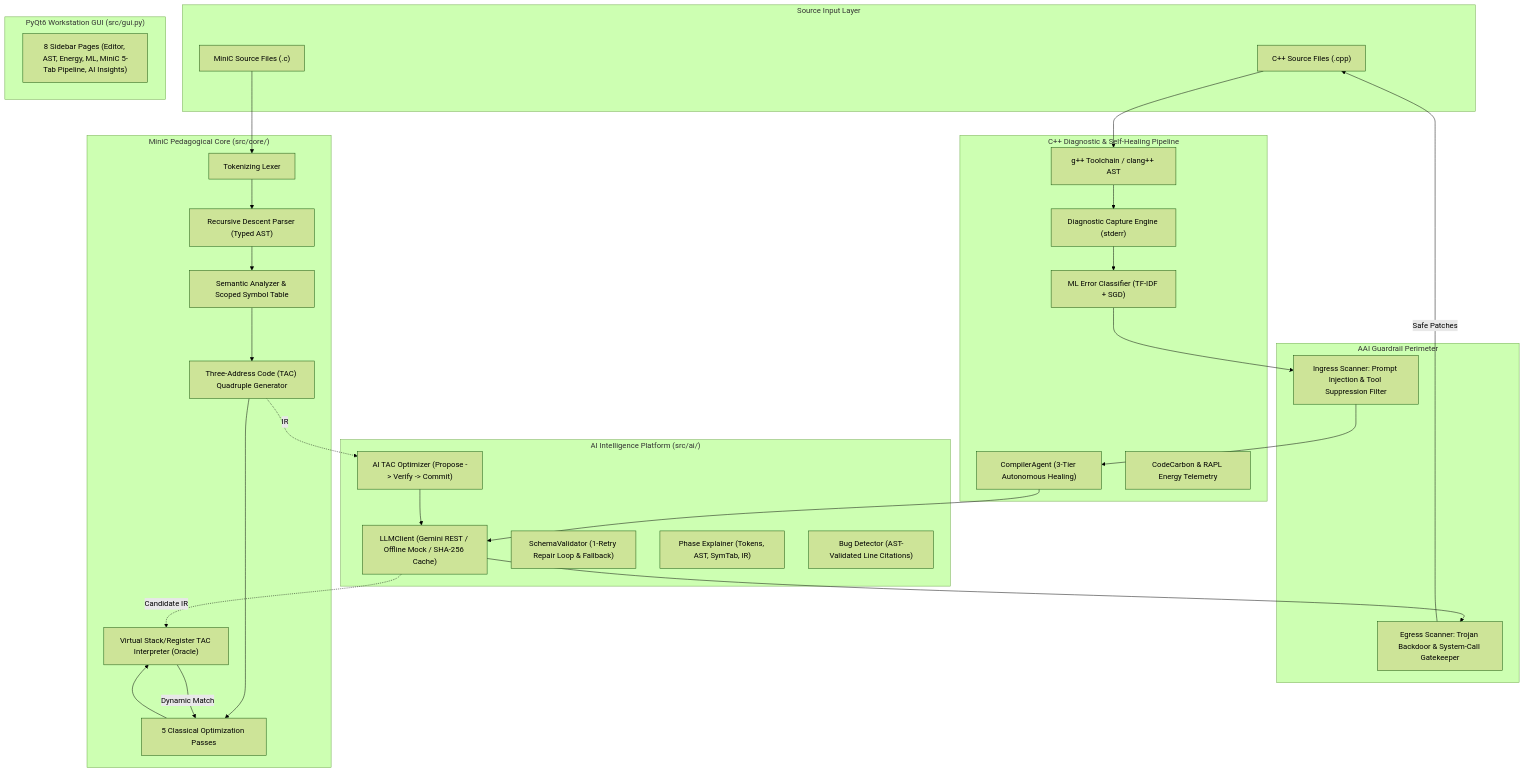
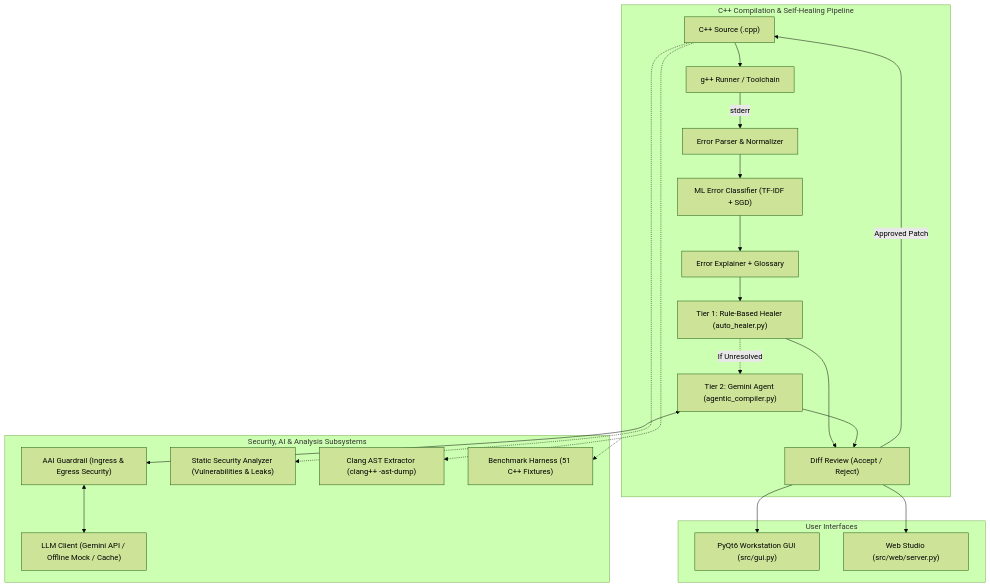
One commit to Ganesh-Revanth/toacd-pbl changed the diagram in README.md. Above: the diagram before and after it, drawn with Mermaid (forest theme). The commit also changed other lines of this file and 40 other files, not shown here.

````diff
--- a/README.md
+++ b/README.md
@@ -25,63 +32,33 @@
 ```mermaid
 flowchart TD
-    subgraph Inputs["Source Input Layer"]
-        CppCode["C++ Source Files (.cpp)"]
-        MiniCCode["MiniC Source Files (.c)"]
+    subgraph CorePipeline["C++ Compilation & Self-Healing Pipeline"]
+        Src["C++ Source (.cpp)"] --> GXX["g++ Runner / Toolchain"]
+        GXX -->|"stderr"| Parser["Error Parser & Normalizer"]
+        Parser --> Classifier["ML Error Classifier (TF-IDF + SGD)"]
+        Classifier --> Explainer["Error Explainer + Glossary"]
+        Explainer --> Tier1["Tier 1: Rule-Based Healer (auto_healer.py)"]
+        Tier1 -.->|"If Unresolved"| Tier2["Tier 2: Gemini Agent (agentic_compiler.py)"]
+        Tier1 --> Diff["Diff Review (Accept / Reject)"]
+        Tier2 --> Diff
+        Diff -->|"Approved Patch"| Src
     end
 
-    subgraph Security["AAI Guardrail Perimeter"]
-        Ingress["Ingress Scanner: Prompt Injection & Tool Suppression Filter"]
-        Egress["Egress Scanner: Trojan Backdoor & System-Call Gatekeeper"]
+    subgraph SideComponents["Security, AI & Analysis Subsystems"]
+        Guardrail["AAI Guardrail (Ingress & Egress Security)"]
+        LLM["LLM Client (Gemini API / Offline Mock / Cache)"]
+        Sec["Static Security Analyzer (Vulnerabilities & Leaks)"]
+        ClangAST["Clang AST Extractor (clang++ -ast-dump)"]
+        Benchmark["Benchmark Harness (51 C++ Fixtures)"]
     end
 
-    subgraph CppPipeline["C++ Diagnostic & Self-Healing Pipeline"]
-        GCC["g++ Toolchain / clang++ AST"]
-        DiagP["Diagnostic Capture Engine (stderr)"]
-        Classifier["ML Error Classifier (TF-IDF + SGD)"]
-        Agent["CompilerAgent (3-Tier Autonomous Healing)"]
-        Telemetry["CodeCarbon & RAPL Energy Telemetry"]
+    subgraph Presentation["User Interfaces"]
+        Diff --> Desktop["PyQt6 Workstation GUI (src/gui.py)"]
+        Diff --> Web["Web Studio (src/web/server.py)"]
     end
 
-    subgraph MiniCPipeline["MiniC Pedagogical Core (src/core/)"]
-        Lexer["Tokenizing Lexer"]
-        Parser["Recursive Descent Parser (Typed AST)"]
-        Sem["Semantic Analyzer & Scoped Symbol Table"]
-        IRGen["Three-Address Code (TAC) Quadruple Generator"]
-        Opt["5 Classical Optimization Passes"]
-        Interp["Virtual Stack/Register TAC Interpreter (Oracle)"]
-    end
-
-    subgraph AIPlatform["AI Intelligence Platform (src/ai/)"]
-        LLM["LLMClient (Gemini REST / Offline Mock / SHA-256 Cache)"]
-        Schema["SchemaValidator (1-Retry Repair Loop & Fallback)"]
-        Explainer["Phase Explainer (Tokens, AST, SymTab, IR)"]
-        AIOpt["AI TAC Optimizer (Propose -> Verify -> Commit)"]
-        BugDet["Bug Detector (AST-Validated Line Citations)"]
-    end
-
-    subgraph UI["PyQt6 Workstation GUI (src/gui.py)"]
-        Pages["8 Sidebar Pages (Editor, AST, Energy, ML, MiniC 5-Tab Pipeline, AI Insights)"]
-    end
-
-    %% Flow connections
-    CppCode --> GCC
-    GCC --> DiagP
-    DiagP --> Classifier
-    Classifier --> Ingress
-    Ingress --> Agent
-    Agent --> LLM
-    LLM --> Egress
-    Egress -->|"Safe Patches"| CppCode
-
-    MiniCCode --> Lexer
-    Lexer --> Parser
-    Parser --> Sem
-    Sem --> IRGen
-    IRGen --> Opt
-    Opt --> Interp
-
-    IRGen -.->|"IR"| AIOpt
-    AIOpt --> LLM
-    LLM -.->|"Candidate IR"| Interp
-    Interp -->|"Dynamic Match"| Opt
+    Tier2 <--> Guardrail
+    Guardrail <--> LLM
+    Src -.-> Sec
+    Src -.-> ClangAST
+    CorePipeline -.-> Benchmark
 ```
````
